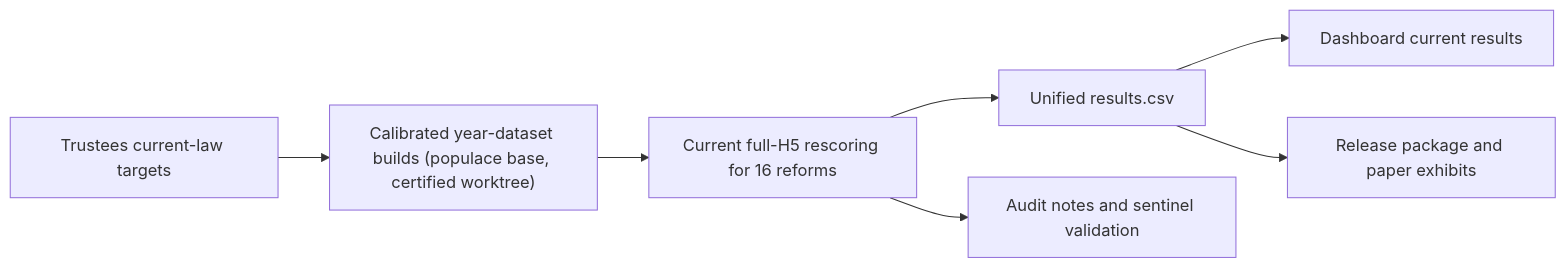
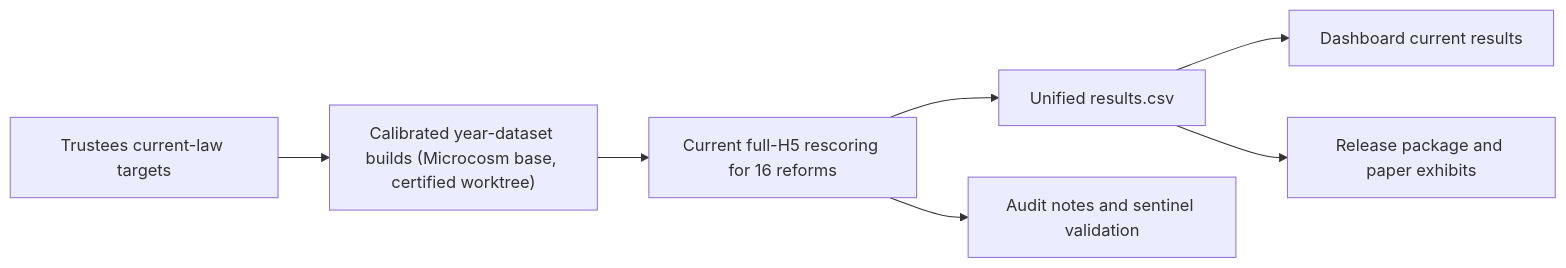
The diagram in docs/current/README.md (PolicyEngine/crfb-tob-impacts), drawn with Mermaid before and after one commit. The commit also changed other lines of this file and 19 other files, not shown here.

Commit message:
Rename Populace to Microcosm in prose and code

````diff
--- a/docs/current/README.md
+++ b/docs/current/README.md
@@ -29,9 +29,9 @@
 ```mermaid
 flowchart LR
-  A["Trustees current-law targets"] --> B["Calibrated year-dataset builds (populace base, certified worktree)"]
+  A["Trustees current-law targets"] --> B["Calibrated year-dataset builds (Microcosm base, certified worktree)"]
   B --> C["Current full-H5 rescoring for 16 reforms"]
   C --> D["Unified results.csv"]
   D --> E["Dashboard current results"]
   D --> F["Release package and paper exhibits"]
   C --> G["Audit notes and sentinel validation"]
 ```
````
